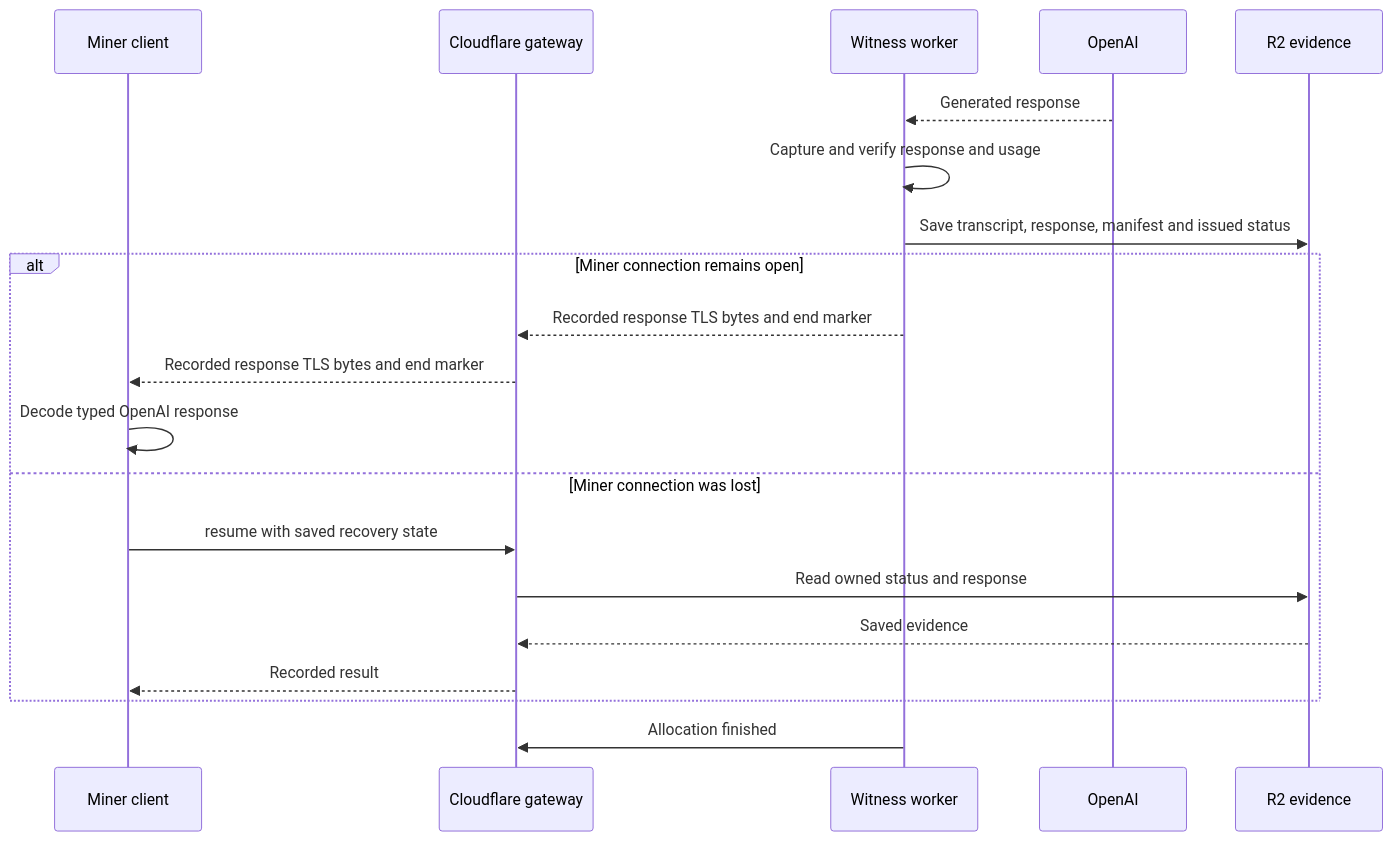
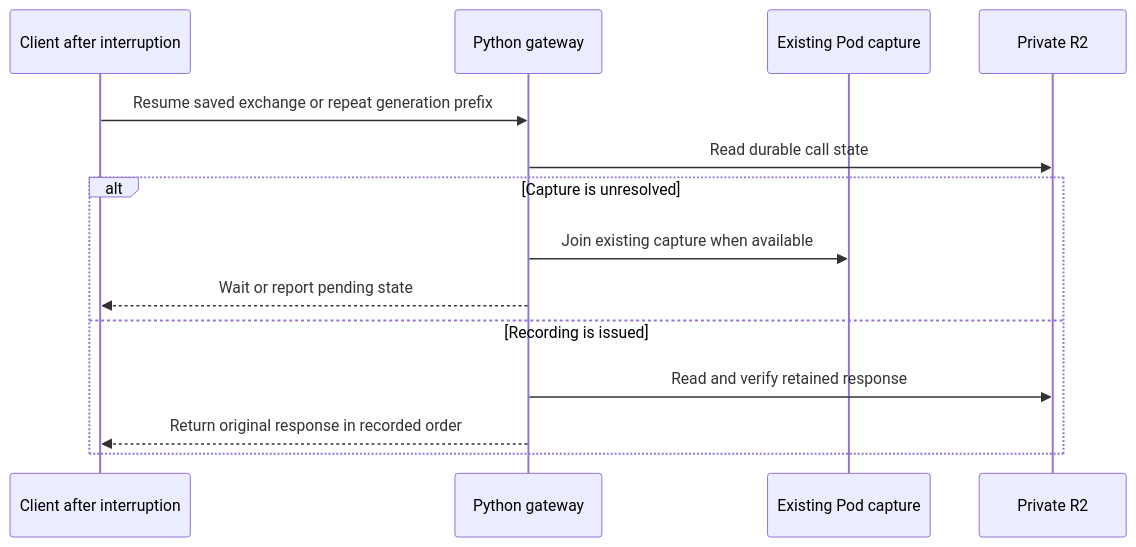
One commit to 404-Repo/404-gen-subnet changed the second of 2 diagrams in witness-client/SEQUENCE.md. Above: the diagram before and after it, drawn with Mermaid. The commit also changed other lines of this file and 169 other files, not shown here.

First line of the commit message:
Run witnessed generation and rendering on per-miner RunPod Pods

````diff
--- a/witness-client/SEQUENCE.md
+++ b/witness-client/SEQUENCE.md
@@ -76,22 +43,16 @@
 ```mermaid
 sequenceDiagram
-    participant M as Miner client
-    participant G as Cloudflare gateway
-    participant W as Witness worker
-    participant O as OpenAI
-    participant R as R2 evidence
-    O-->>W: Generated response
-    W->>W: Capture and verify response and usage
-    W->>R: Save transcript, response, manifest and issued status
-    alt Miner connection remains open
-        W-->>G: Recorded response TLS bytes and end marker
-        G-->>M: Recorded response TLS bytes and end marker
-        M->>M: Decode typed OpenAI response
-    else Miner connection was lost
-        M->>G: resume with saved recovery state
-        G->>R: Read owned status and response
-        R-->>G: Saved evidence
-        G-->>M: Recorded result
+    participant M as Client after interruption
+    participant G as Python gateway
+    participant W as Existing Pod capture
+    participant R as Private R2
+    M->>G: Resume saved exchange or repeat generation prefix
+    G->>R: Read durable call state
+    alt Capture is unresolved
+        G->>W: Join existing capture when available
+        G-->>M: Wait or report pending state
+    else Recording is issued
+        G->>R: Read and verify retained response
+        G-->>M: Return original response in recorded order
     end
-    W->>G: Allocation finished
 ```
````
